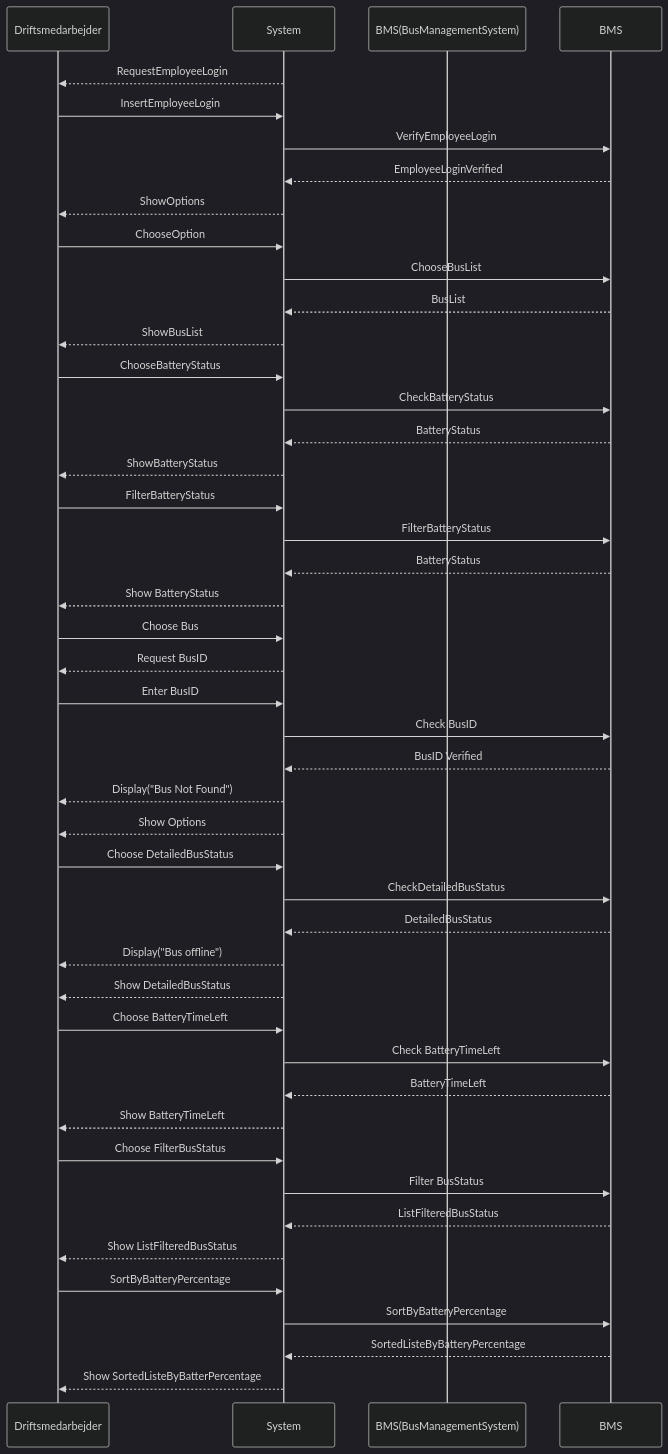
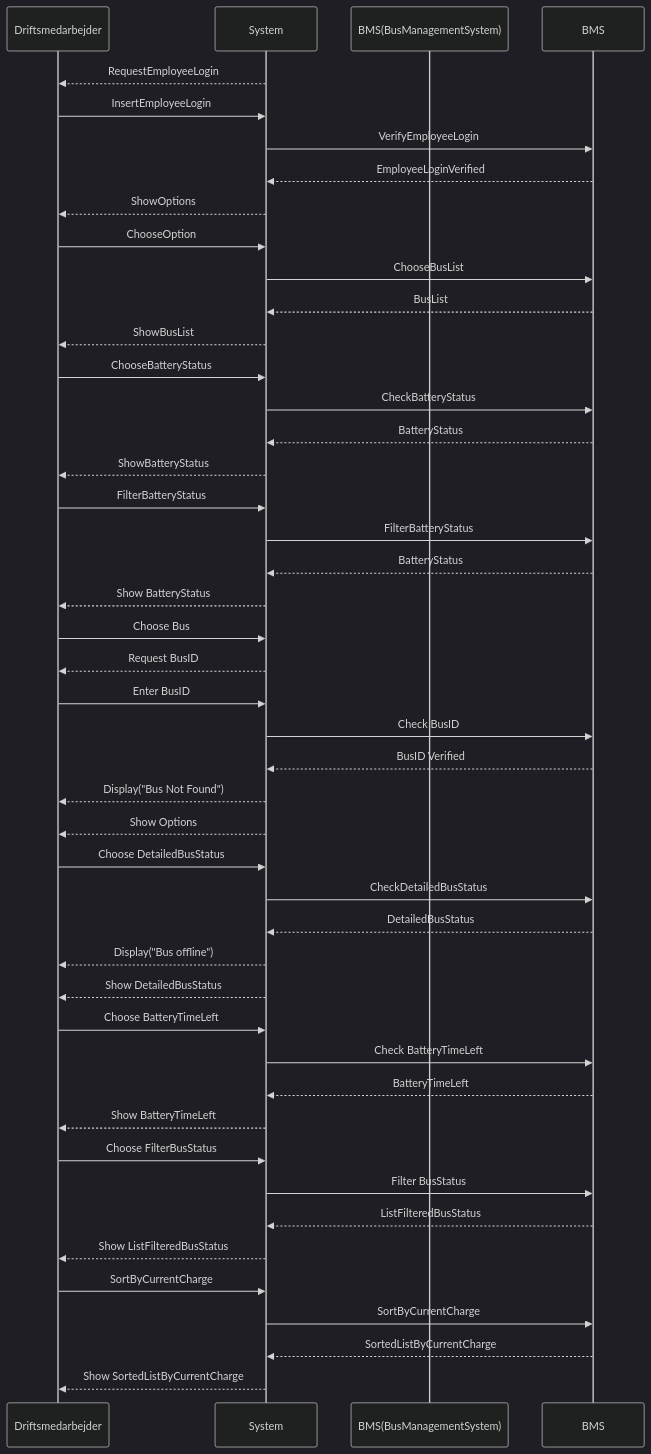
One commit to Team-14-pa-UCL/Getting-Real2 changed the diagram in Dokumentation/Iteration 1/Use Case 2/SD.mmd. Above: the diagram before and after it, drawn with Mermaid (dark theme). The commit also changed 1 other file, not shown here.

Commit message:
SD: replaced BatterPercentage by CurrentCharge

```diff
--- a/Dokumentation/Iteration 1/Use Case 2/SD.mmd
+++ b/Dokumentation/Iteration 1/Use Case 2/SD.mmd
@@ -1,55 +1,55 @@
 sequenceDiagram
 	participant Driftsmedarbejder
 	participant System
 	participant BMS(BusManagementSystem)
 
 	System-->>Driftsmedarbejder: RequestEmployeeLogin
 	Driftsmedarbejder->>System: InsertEmployeeLogin
 
 	System->>BMS: VerifyEmployeeLogin
 	BMS-->>System: EmployeeLoginVerified
 
 	System-->>Driftsmedarbejder: ShowOptions
 	Driftsmedarbejder->>System: ChooseOption
 
 	System->>BMS: ChooseBusList
 	BMS-->>System: BusList
 	System-->>Driftsmedarbejder: ShowBusList
 
 	Driftsmedarbejder->>System: ChooseBatteryStatus
 	System->>BMS: CheckBatteryStatus
 	BMS-->>System: BatteryStatus
 	System-->>Driftsmedarbejder: ShowBatteryStatus
 
 	Driftsmedarbejder->>System: FilterBatteryStatus
 	System->>BMS: FilterBatteryStatus
 	BMS-->>System: BatteryStatus
 	System-->>Driftsmedarbejder: Show BatteryStatus
 
 	Driftsmedarbejder->>System: Choose Bus
 	System-->>Driftsmedarbejder: Request BusID
 	Driftsmedarbejder->>System: Enter BusID
 	System->>BMS: Check BusID
 	BMS-->>System: BusID Verified
 	System-->>Driftsmedarbejder: Display("Bus Not Found")
 	System-->>Driftsmedarbejder: Show Options
 	Driftsmedarbejder->>System: Choose DetailedBusStatus
 	System->>BMS: CheckDetailedBusStatus
 	BMS-->>System: DetailedBusStatus
 	System-->>Driftsmedarbejder: Display("Bus offline")
 	System-->>Driftsmedarbejder: Show DetailedBusStatus
 	
 	Driftsmedarbejder->>System: Choose BatteryTimeLeft
 	System->>BMS: Check BatteryTimeLeft
 	BMS-->>System: BatteryTimeLeft
 	System-->>Driftsmedarbejder: Show BatteryTimeLeft
 
 	Driftsmedarbejder->>System: Choose FilterBusStatus
 	System->>BMS: Filter BusStatus
 	BMS-->>System: ListFilteredBusStatus
 	System-->>Driftsmedarbejder: Show ListFilteredBusStatus
 
-	Driftsmedarbejder->>System: SortByBatteryPercentage
-	System->>BMS: SortByBatteryPercentage
-	BMS-->>System: SortedListeByBatteryPercentage
-	System-->>Driftsmedarbejder: Show SortedListeByBatterPercentage
+	Driftsmedarbejder->>System: SortByCurrentCharge
+	System->>BMS: SortByCurrentCharge
+	BMS-->>System: SortedListByCurrentCharge
+	System-->>Driftsmedarbejder: Show SortedListByCurrentCharge
```
